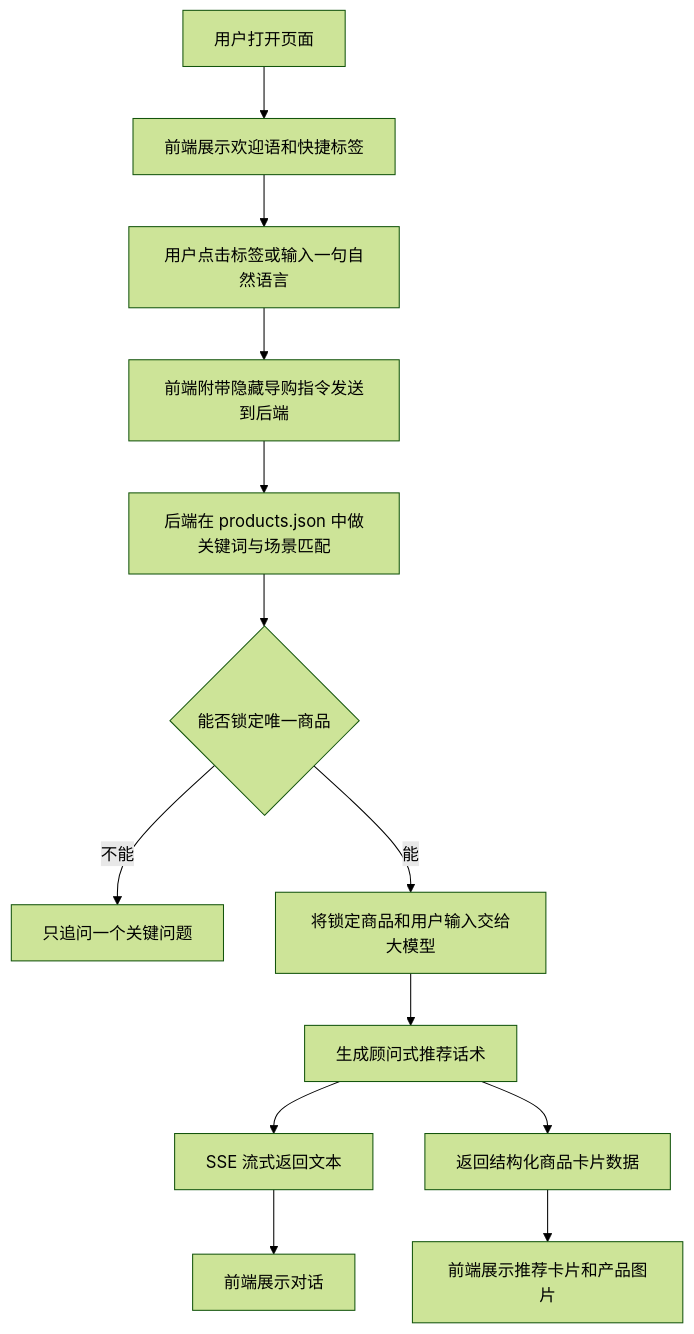
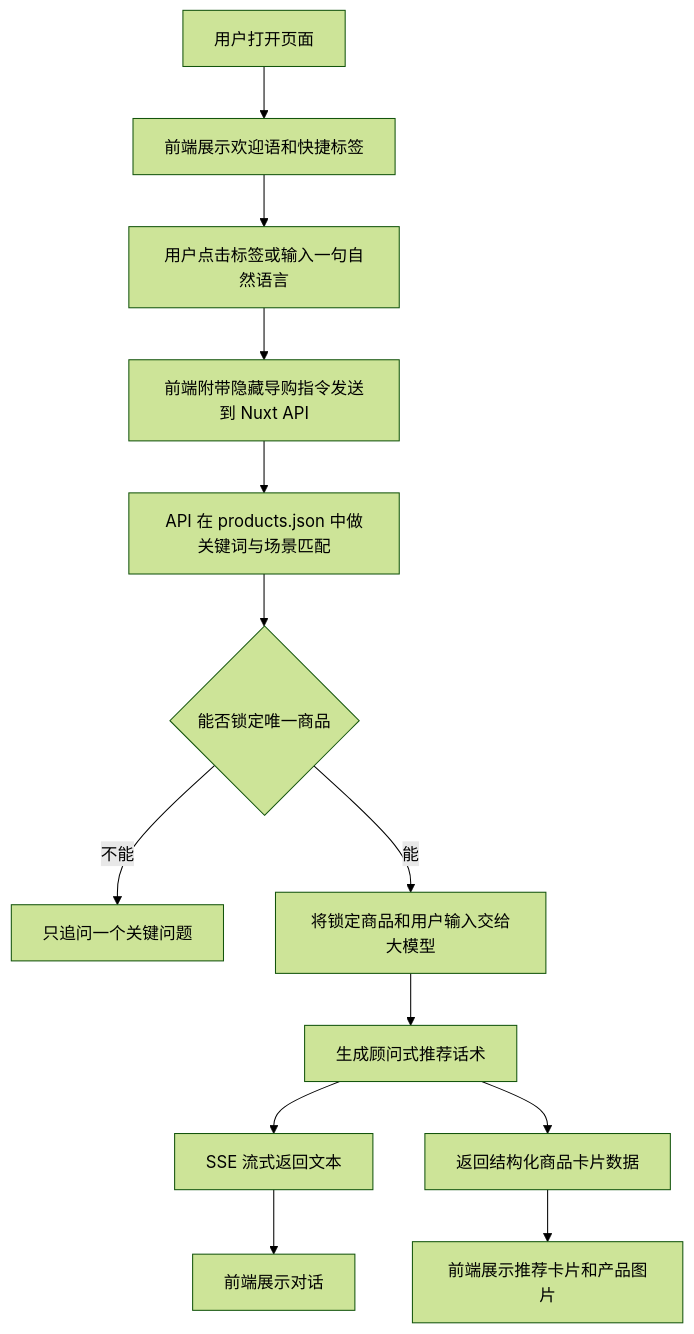
Before and after one commit to abobb414/Retail-AI-Agent: the first of 3 diagrams in README.md, drawn with Mermaid (forest theme). The commit also changed other lines of this file and 24 other files, not shown here.

````diff
--- a/README.md
+++ b/README.md
@@ -121,15 +119,15 @@
 ```mermaid
 flowchart TD
     A["用户打开页面"] --> B["前端展示欢迎语和快捷标签"]
     B --> C["用户点击标签或输入一句自然语言"]
-    C --> D["前端附带隐藏导购指令发送到后端"]
-    D --> E["后端在 products.json 中做关键词与场景匹配"]
+    C --> D["前端附带隐藏导购指令发送到 Nuxt API"]
+    D --> E["API 在 products.json 中做关键词与场景匹配"]
     E --> F{"能否锁定唯一商品"}
     F -- "不能" --> G["只追问一个关键问题"]
     F -- "能" --> H["将锁定商品和用户输入交给大模型"]
     H --> I["生成顾问式推荐话术"]
     I --> J["SSE 流式返回文本"]
     I --> K["返回结构化商品卡片数据"]
     J --> L["前端展示对话"]
     K --> M["前端展示推荐卡片和产品图片"]
 ```
````
